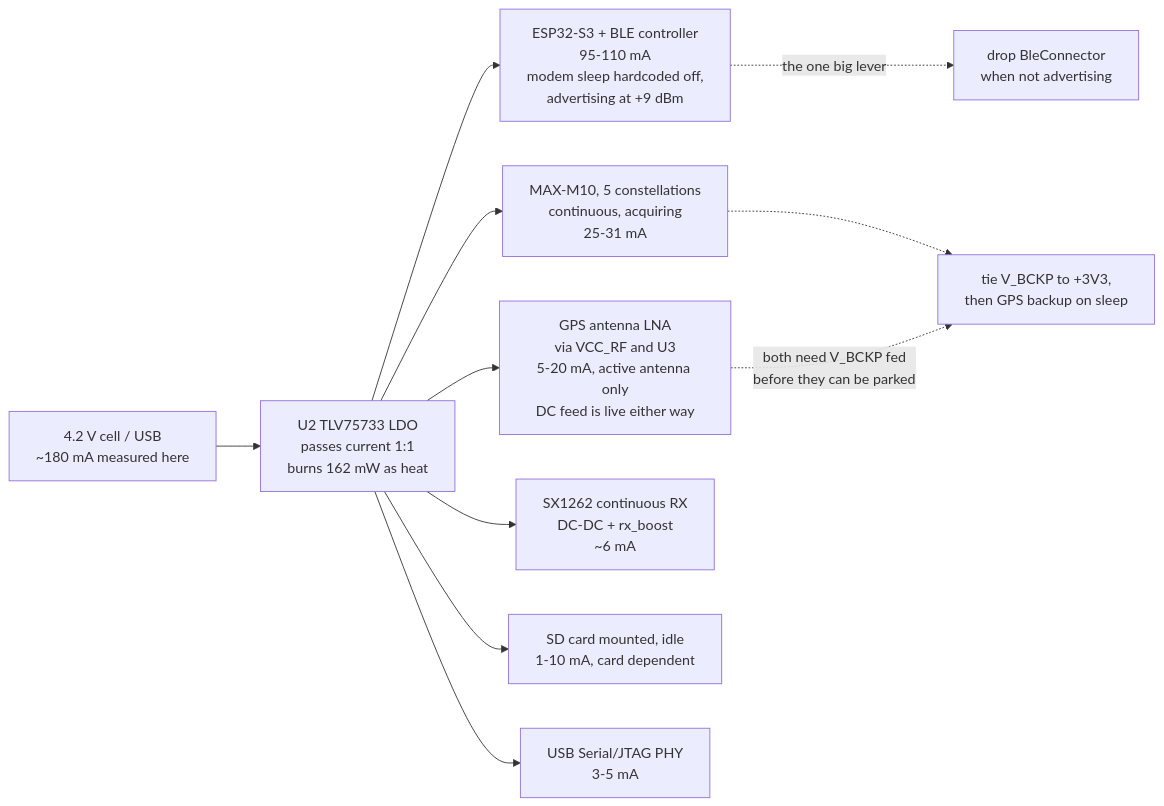
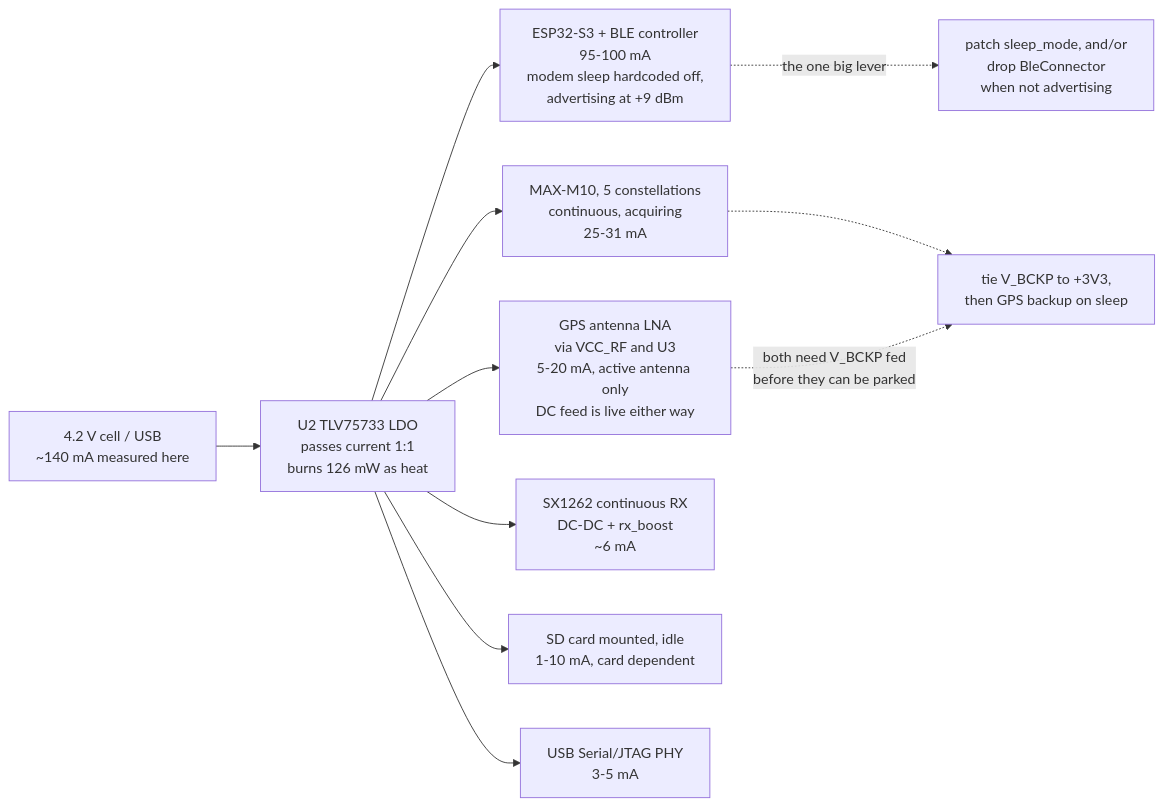
Before and after one commit to Telemety-In-Midair/telemetry-in-midair-rs: the diagram in POWER-S3.md, drawn with Mermaid. The commit also changed other lines of this file, not shown here.

````diff
--- a/POWER-S3.md
+++ b/POWER-S3.md
@@ -57,17 +103,17 @@
 ```mermaid
 flowchart LR
-    CELL["4.2 V cell / USB<br/>~180 mA measured here"]
-    LDO["U2 TLV75733 LDO<br/>passes current 1:1<br/>burns 162 mW as heat"]
+    CELL["4.2 V cell / USB<br/>~140 mA measured here"]
+    LDO["U2 TLV75733 LDO<br/>passes current 1:1<br/>burns 126 mW as heat"]
     CELL --> LDO
 
-    LDO --> BLE["ESP32-S3 + BLE controller<br/>95-110 mA<br/>modem sleep hardcoded off,<br/>advertising at +9 dBm"]
+    LDO --> BLE["ESP32-S3 + BLE controller<br/>95-100 mA<br/>modem sleep hardcoded off,<br/>advertising at +9 dBm"]
     LDO --> GPS["MAX-M10, 5 constellations<br/>continuous, acquiring<br/>25-31 mA"]
     LDO --> ANT["GPS antenna LNA<br/>via VCC_RF and U3<br/>5-20 mA, active antenna only<br/>DC feed is live either way"]
     LDO --> LORA["SX1262 continuous RX<br/>DC-DC + rx_boost<br/>~6 mA"]
     LDO --> SD["SD card mounted, idle<br/>1-10 mA, card dependent"]
     LDO --> USB["USB Serial/JTAG PHY<br/>3-5 mA"]
 
-    BLE -.->|"the one big lever"| FIX1["drop BleConnector<br/>when not advertising"]
+    BLE -.->|"the one big lever"| FIX1["patch sleep_mode, and/or<br/>drop BleConnector<br/>when not advertising"]
     GPS -.-> FIX2
     ANT -.->|"both need V_BCKP fed<br/>before they can be parked"| FIX2["tie V_BCKP to +3V3,<br/>then GPS backup on sleep"]
 ```
````
